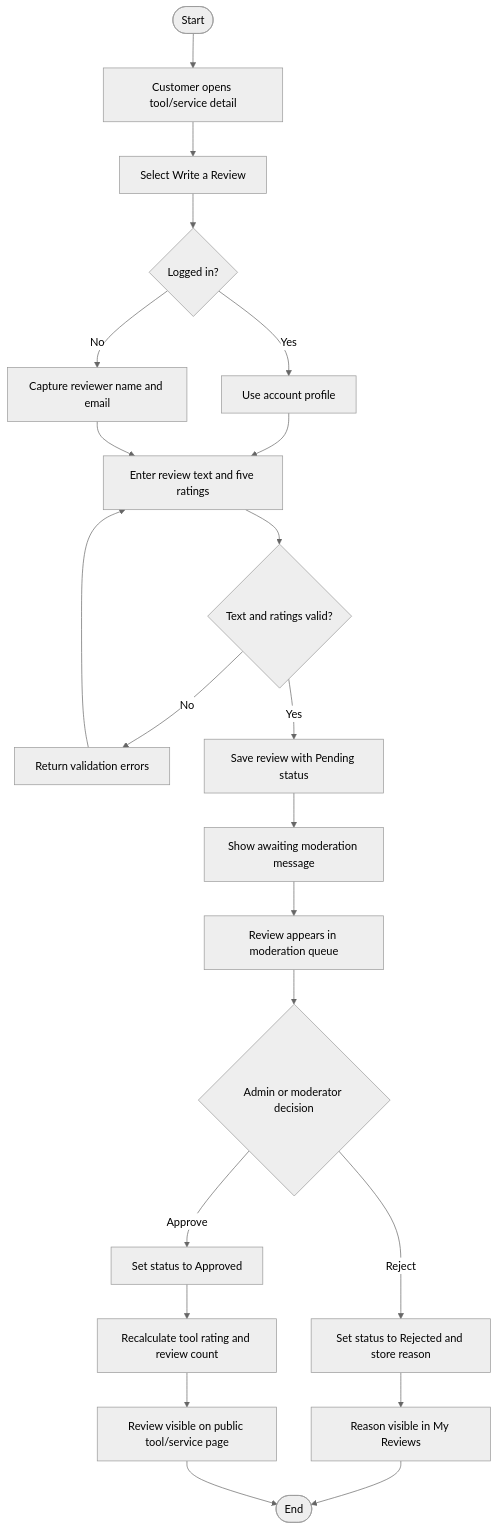
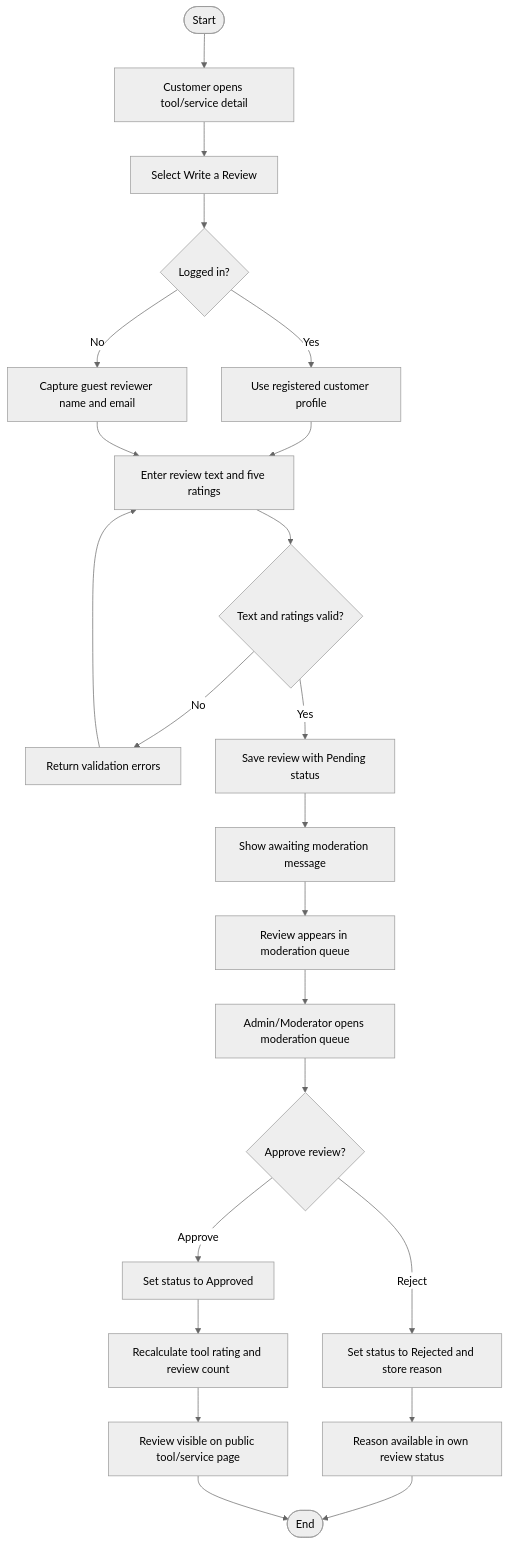
Before and after one commit to SEPP-2026/ReviewPortal-API: the third of 9 diagrams in docs/Functional Design (UML, DFDs, ERDs, Etc).md, drawn with Mermaid (neutral theme). The commit also changed other lines of this file and 1 other file, not shown here.

Commit message:
docs: align UML diagrams with review feedback

````diff
--- a/docs/Functional Design (UML, DFDs, ERDs, Etc).md
+++ b/docs/Functional Design (UML, DFDs, ERDs, Etc).md
@@ -374,32 +375,33 @@
 ```mermaid
 flowchart TD
     Start([Start])
     ViewTool["Customer opens tool/service detail"]
     SelectReview["Select Write a Review"]
     AuthCheck{"Logged in?"}
-    UseAccount["Use account profile"]
-    CaptureGuest["Capture reviewer name and email"]
+    UseAccount["Use registered customer profile"]
+    CaptureGuest["Capture guest reviewer name and email"]
     CompleteReview["Enter review text and five ratings"]
     ValidateReview{"Text and ratings valid?"}
     ReturnValidation["Return validation errors"]
     SavePending["Save review with Pending status"]
     ShowPending["Show awaiting moderation message"]
     Queue["Review appears in moderation queue"]
-    Decision{"Admin or moderator decision"}
+    OpenQueue["Admin/Moderator opens moderation queue"]
+    Decision{"Approve review?"}
     Reject["Set status to Rejected and store reason"]
-    ShowReason["Reason visible in My Reviews"]
+    ShowReason["Reason available in own review status"]
     Approve["Set status to Approved"]
     Recalculate["Recalculate tool rating and review count"]
     Publish["Review visible on public tool/service page"]
     End([End])
 
     Start --> ViewTool --> SelectReview --> AuthCheck
     AuthCheck -->|Yes| UseAccount --> CompleteReview
     AuthCheck -->|No| CaptureGuest --> CompleteReview
     CompleteReview --> ValidateReview
     ValidateReview -->|No| ReturnValidation --> CompleteReview
-    ValidateReview -->|Yes| SavePending --> ShowPending --> Queue
-    Queue --> Decision
+    ValidateReview -->|Yes| SavePending --> ShowPending --> Queue --> OpenQueue
+    OpenQueue --> Decision
     Decision -->|Reject| Reject --> ShowReason --> End
     Decision -->|Approve| Approve --> Recalculate --> Publish --> End
 ```
````
